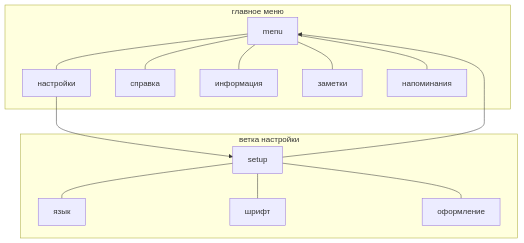
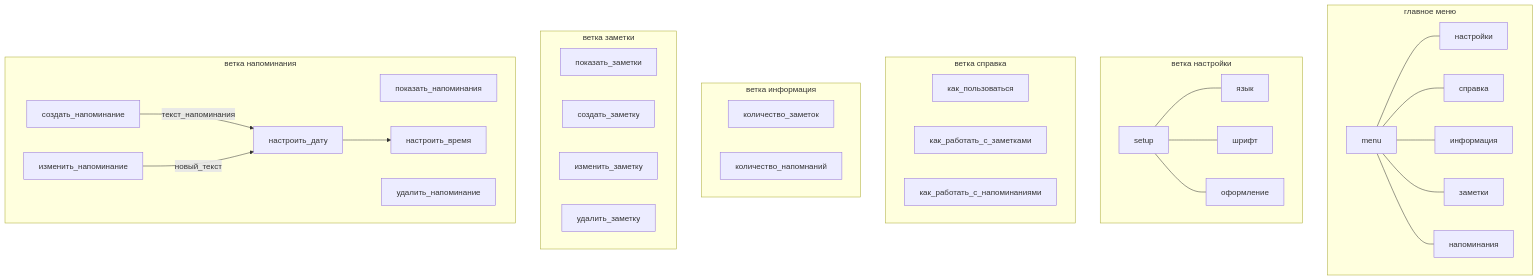
Before and after one commit to KizurovAS/telegram-ToDo: the diagram in technical_task.md, drawn with Mermaid.

````diff
--- a/technical_task.md
+++ b/technical_task.md
@@ -110,18 +110,43 @@
 ```mermaid
 flowchart TB
 	subgraph главное меню
 		menu---настройки
 		menu---справка
 		menu---информация
 		menu---заметки
 		menu---напоминания
 	end
-	настройки-->setup
+	
 	subgraph ветка настройки
 		setup---язык
 		setup---шрифт
 		setup---оформление
 	end
-	setup-->menu
 	
+	subgraph ветка справка
+		как_пользоваться
+		как_работать_с_заметками
+		как_работать_с_напоминаниями
+	end
+	
+	subgraph ветка информация
+		количество_заметок
+		количество_напомнаний
+	end
+	
+	subgraph ветка заметки
+		показать_заметки
+		создать_заметку
+		изменить_заметку
+		удалить_заметку
+	end
+	
+	subgraph ветка напоминания
+		показать_напоминания
+		создать_напоминание--текст_напоминания-->настроить_дату
+		изменить_напоминание--новый_текст-->настроить_дату
+		настроить_дату-->настроить_время
+		настроить_время
+		удалить_напоминание
+	end
 ```
````
